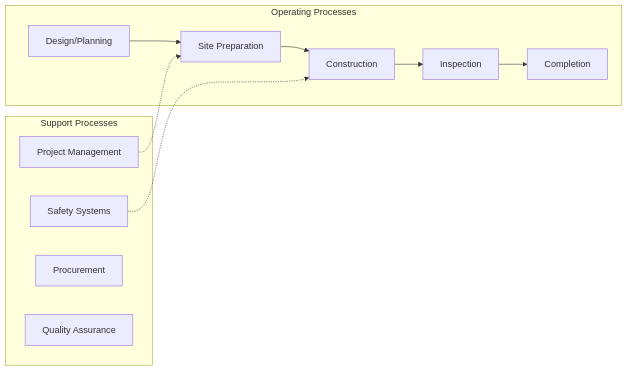
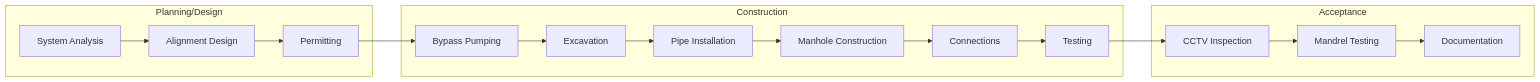
The second of 2 diagrams in industries/Construction/CivilEngineeringConstruction/UtilitySystemConstruction/SewerLine.mdx (kziemski/business.org.ai), drawn with Mermaid before and after one commit. The commit also changed other lines of this file and 67 other files, not shown here.

````diff
--- a/industries/Construction/CivilEngineeringConstruction/UtilitySystemConstruction/SewerLine.mdx
+++ b/industries/Construction/CivilEngineeringConstruction/UtilitySystemConstruction/SewerLine.mdx
@@ -47,24 +67,27 @@
 ```mermaid
 flowchart LR
-    subgraph Operating["Operating Processes"]
-        O1["Design/Planning"]
-        O2["Site Preparation"]
-        O3["Construction"]
-        O4["Inspection"]
-        O5["Completion"]
+    subgraph Design["Planning/Design"]
+        D1["System Analysis"]
+        D2["Alignment Design"]
+        D3["Permitting"]
     end
 
-    subgraph Support["Support Processes"]
-        S1["Project Management"]
-        S2["Safety Systems"]
-        S3["Procurement"]
-        S4["Quality Assurance"]
+    subgraph Construction["Construction"]
+        C1["Bypass Pumping"]
+        C2["Excavation"]
+        C3["Pipe Installation"]
+        C4["Manhole Construction"]
+        C5["Connections"]
+        C6["Testing"]
     end
 
-    O1 --> O2
-    O2 --> O3
-    O3 --> O4
-    O4 --> O5
-    S1 -.-> O2
-    S2 -.-> O3
+    subgraph Closeout["Acceptance"]
+        O1["CCTV Inspection"]
+        O2["Mandrel Testing"]
+        O3["Documentation"]
+    end
+
+    D1 --> D2 --> D3
+    D3 --> C1 --> C2 --> C3 --> C4 --> C5 --> C6
+    C6 --> O1 --> O2 --> O3
 ```
````
